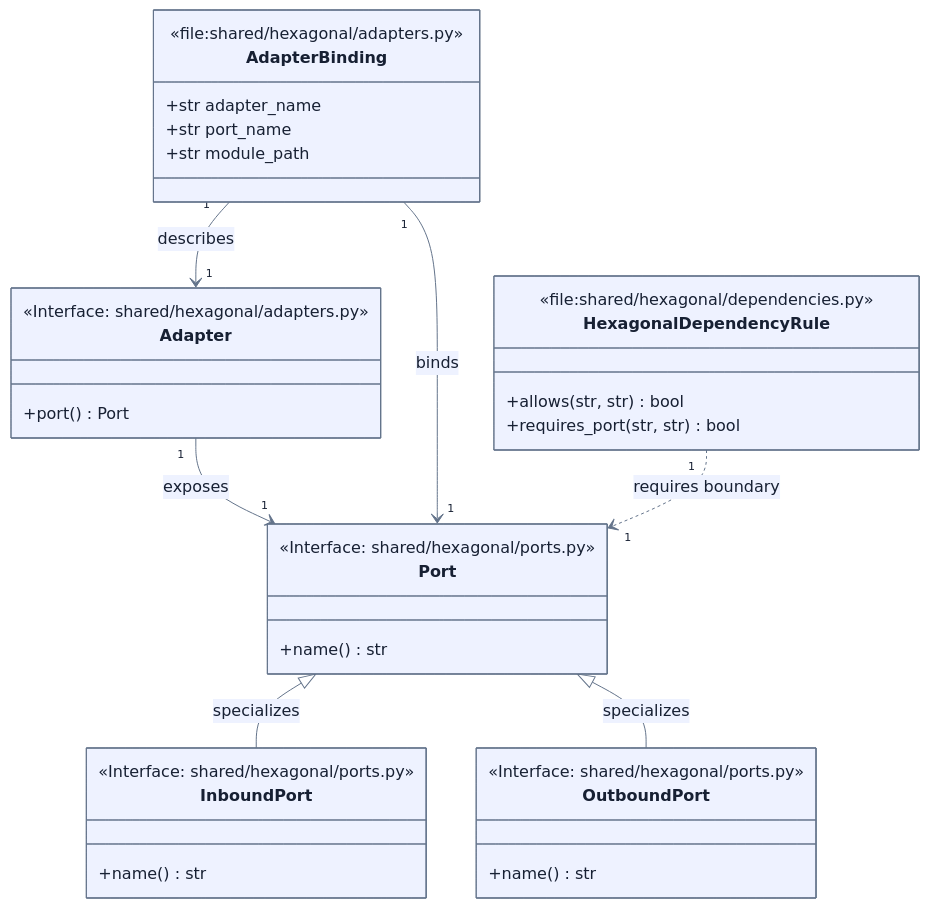
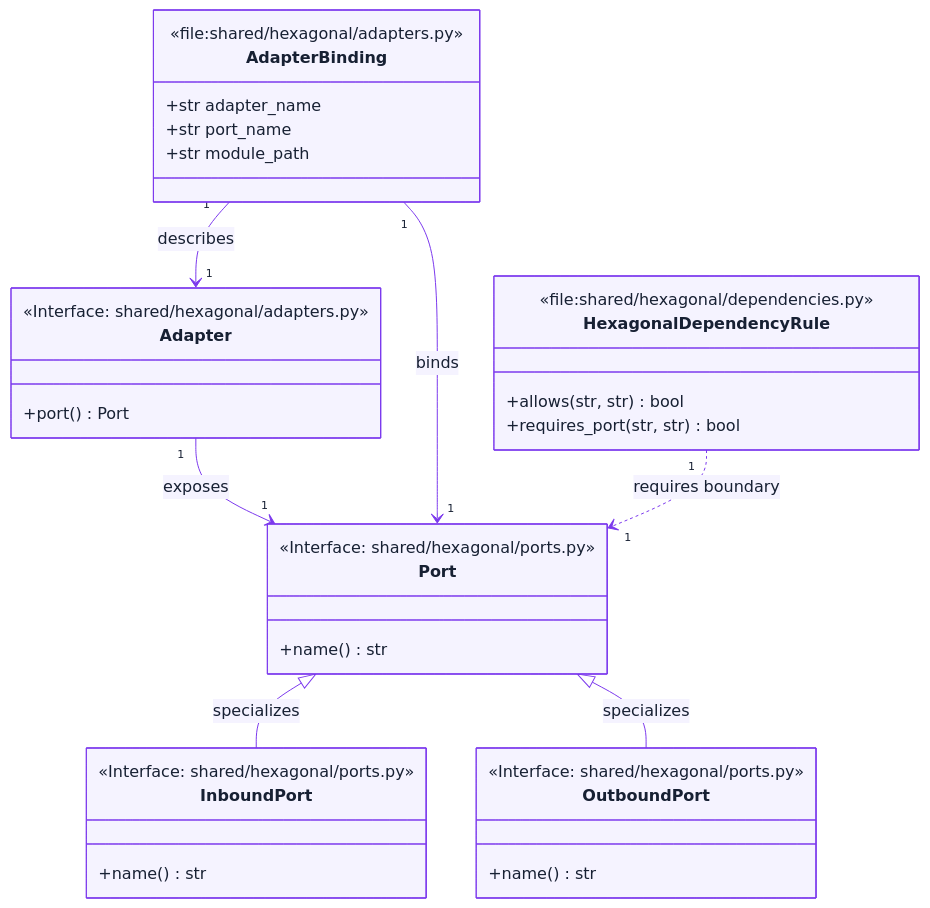
The second of 3 diagrams in .enclosure/plans/planning-workflow/epics/hexagonal-foundation/SCHEMAS.md (9orky/enclosure), drawn with Mermaid before and after one commit. The commit also changed other lines of this file and 49 other files, not shown here.

````diff
--- a/.enclosure/plans/planning-workflow/epics/hexagonal-foundation/SCHEMAS.md
+++ b/.enclosure/plans/planning-workflow/epics/hexagonal-foundation/SCHEMAS.md
@@ -86,44 +86,44 @@
 ```mermaid
 %% contract: symbols
-%%{init: {"theme": "base", "themeVariables": {"primaryColor": "#eef2ff", "primaryTextColor": "#172033", "primaryBorderColor": "#64748b", "lineColor": "#64748b"}}}%%
+%%{init: {"theme": "base", "themeVariables": {"primaryColor": "#f5f3ff", "primaryTextColor": "#172033", "primaryBorderColor": "#7c3aed", "secondaryColor": "#ede9fe", "secondaryBorderColor": "#6d28d9", "tertiaryColor": "#faf5ff", "lineColor": "#7c3aed"}}}%%
 classDiagram
     class Port {
       <<Interface: shared/hexagonal/ports.py>>
       +name() str
     }
 
     class InboundPort {
       <<Interface: shared/hexagonal/ports.py>>
       +name() str
     }
 
     class OutboundPort {
       <<Interface: shared/hexagonal/ports.py>>
       +name() str
     }
 
     class Adapter {
       <<Interface: shared/hexagonal/adapters.py>>
       +port() Port
     }
 
     class AdapterBinding {
       <<file:shared/hexagonal/adapters.py>>
       +str adapter_name
       +str port_name
       +str module_path
     }
 
     class HexagonalDependencyRule {
       <<file:shared/hexagonal/dependencies.py>>
       +allows(str, str) bool
       +requires_port(str, str) bool
     }
 
     Port <|-- InboundPort : specializes
     Port <|-- OutboundPort : specializes
     Adapter "1" --> "1" Port : exposes
     AdapterBinding "1" --> "1" Adapter : describes
     AdapterBinding "1" --> "1" Port : binds
     HexagonalDependencyRule "1" ..> "1" Port : requires boundary
 ```
````
